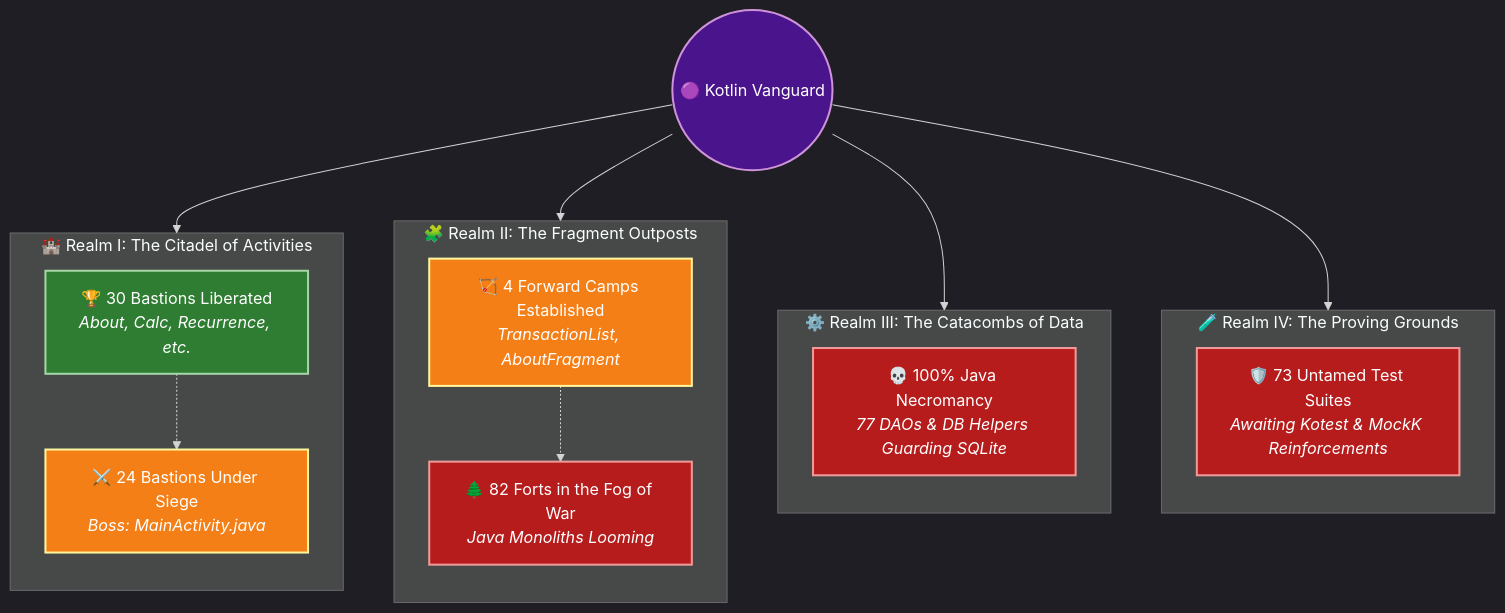
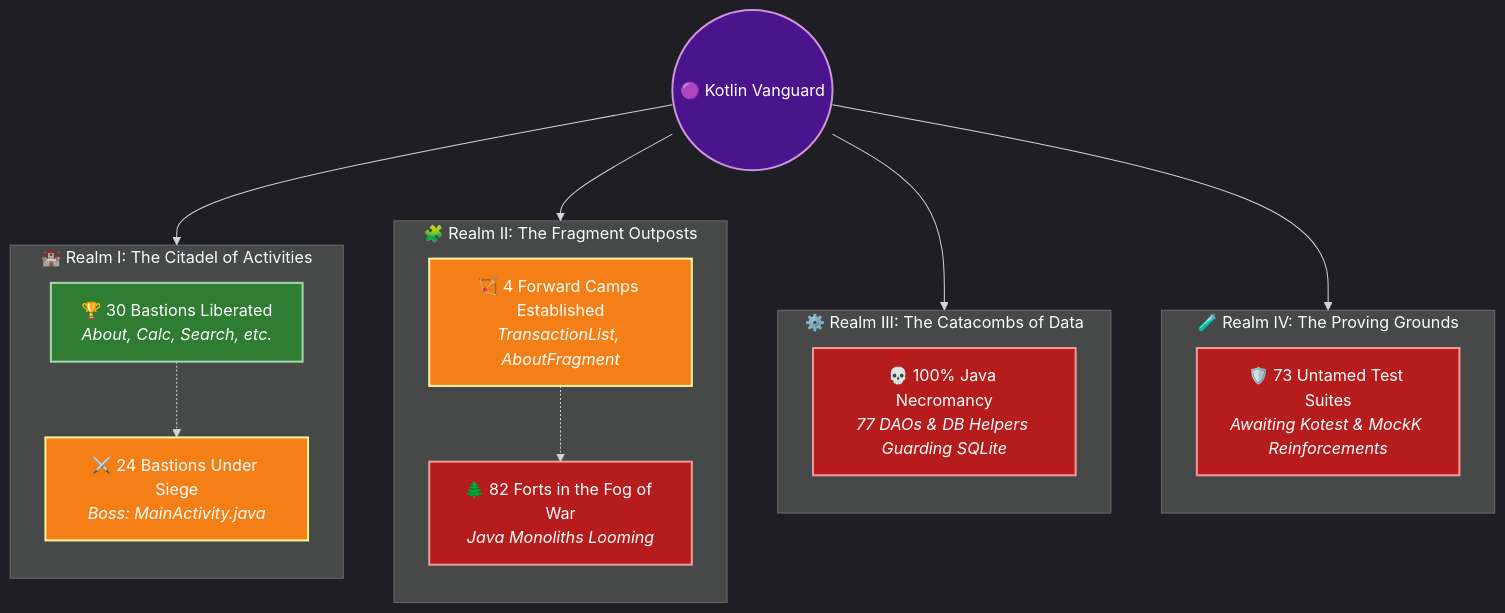
Before and after one commit to solomonrajan/cashledger: the second of 3 diagrams in KOTLIN_MIGRATION_REPORT.md, drawn with Mermaid. The commit also changed other lines of this file, not shown here.

````diff
--- a/KOTLIN_MIGRATION_REPORT.md
+++ b/KOTLIN_MIGRATION_REPORT.md
@@ -29,37 +29,37 @@
 ```mermaid
 %%{init: {'theme': 'dark', 'themeVariables': { 'fontFamily': 'monospace' }}}%%
 flowchart TD
     classDef liberated fill:#2e7d32,stroke:#a5d6a7,stroke-width:2px,color:#ffffff;
     classDef siege fill:#f57f17,stroke:#fff59d,stroke-width:2px,color:#ffffff;
     classDef occupied fill:#b71c1c,stroke:#ef9a9a,stroke-width:2px,color:#ffffff;
     classDef portal fill:#4a148c,stroke:#ce93d8,stroke-width:2px,color:#ffffff;
 
     Start((🟣 Kotlin Vanguard)):::portal --> Castle
     Start --> Valley
     Start --> Dungeon
     Start --> Arena
 
     subgraph Castle["🏰 Realm I: The Citadel of Activities"]
         direction TB
-        A_Won["🏆 30 Bastions Liberated<br/><i>About, Calc, Recurrence, etc.</i>"]:::liberated
+        A_Won["🏆 30 Bastions Liberated<br/><i>About, Calc, Search, etc.</i>"]:::liberated
         A_Siege["⚔️ 24 Bastions Under Siege<br/><i>Boss: MainActivity.java</i>"]:::siege
         A_Won -.-> A_Siege
     end
 
     subgraph Valley["🧩 Realm II: The Fragment Outposts"]
         direction TB
         F_Scout["🏹 4 Forward Camps Established<br/><i>TransactionList, AboutFragment</i>"]:::siege
         F_Wild["🌲 82 Forts in the Fog of War<br/><i>Java Monoliths Looming</i>"]:::occupied
         F_Scout -.-> F_Wild
     end
 
     subgraph Dungeon["⚙️ Realm III: The Catacombs of Data"]
         direction TB
         D_Curse["💀 100% Java Necromancy<br/><i>77 DAOs & DB Helpers Guarding SQLite</i>"]:::occupied
     end
 
     subgraph Arena["🧪 Realm IV: The Proving Grounds"]
         direction TB
         T_Trial["🛡️ 73 Untamed Test Suites<br/><i>Awaiting Kotest & MockK Reinforcements</i>"]:::occupied
     end
 ```
````
